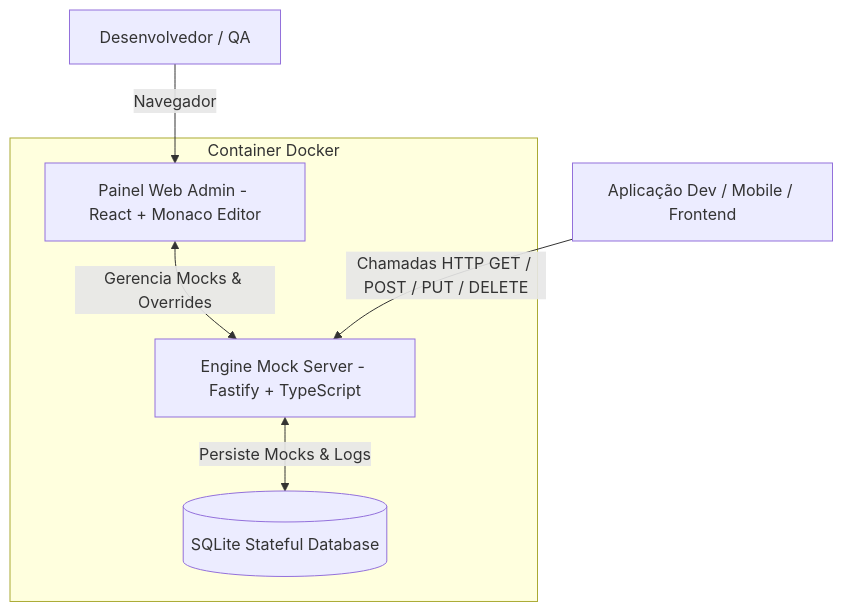
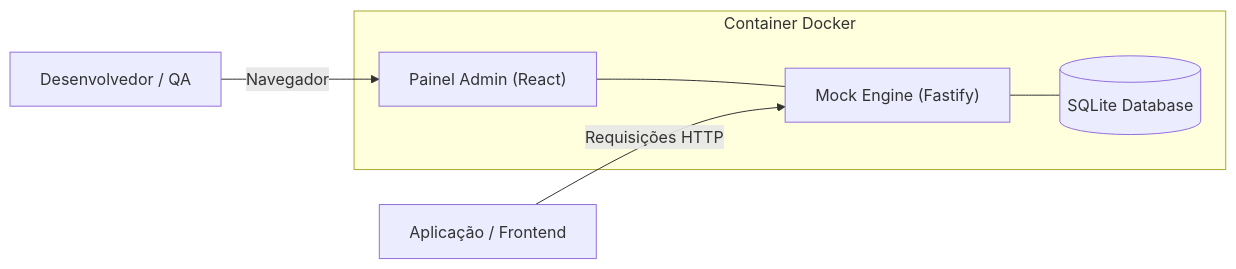
One commit to viniciusfurtado/mockforge changed the diagram in README.pt-BR.md. Above: the diagram before and after it, drawn with Mermaid. The commit also changed 2 other files, not shown here.

Commit message:
fix: simplify Mermaid architecture diagram syntax for GitHub

````diff
--- a/README.pt-BR.md
+++ b/README.pt-BR.md
@@ -19,14 +19,14 @@
 ```mermaid
-flowchart TD
-    subgraph Container [Container Docker]
-        UI[Painel Web Admin - React + Monaco Editor]
-        API[Engine Mock Server - Fastify + TypeScript]
-        DB[(SQLite Stateful Database)]
+graph LR
+    subgraph Docker["Container Docker"]
+        UI["Painel Admin (React)"]
+        API["Mock Engine (Fastify)"]
+        DB[("SQLite Database")]
         
-        UI <-->|Gerencia Mocks & Overrides| API
-        API <-->|Persiste Mocks & Logs| DB
+        UI --- API
+        API --- DB
     end
 
-    Dev[Desenvolvedor / QA] -->|Navegador| UI
-    App[Aplicação Dev / Mobile / Frontend] -->|Chamadas HTTP GET / POST / PUT / DELETE| API
+    User["Desenvolvedor / QA"] -->|"Navegador"| UI
+    App["Aplicação / Frontend"] -->|"Requisições HTTP"| API
 ```
````
